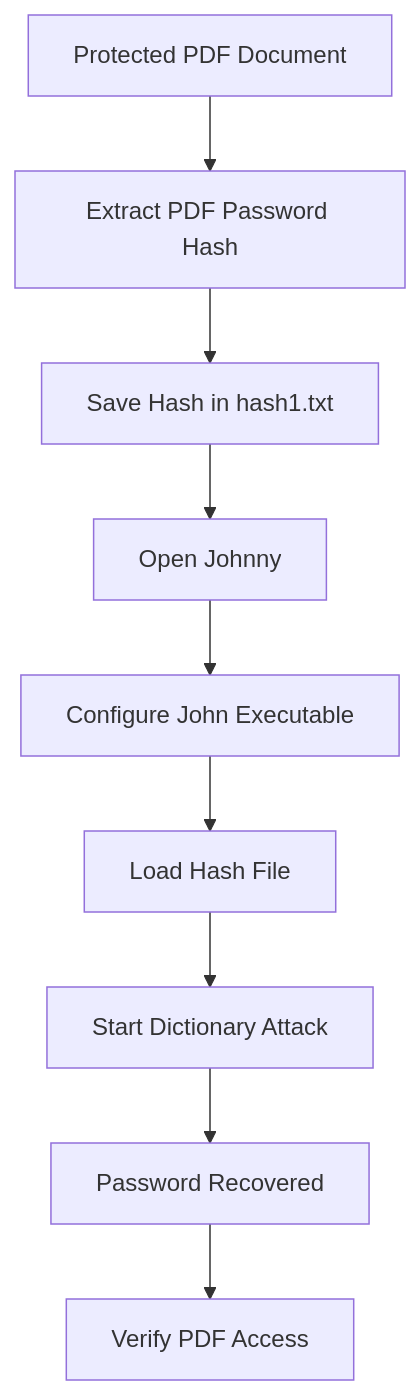
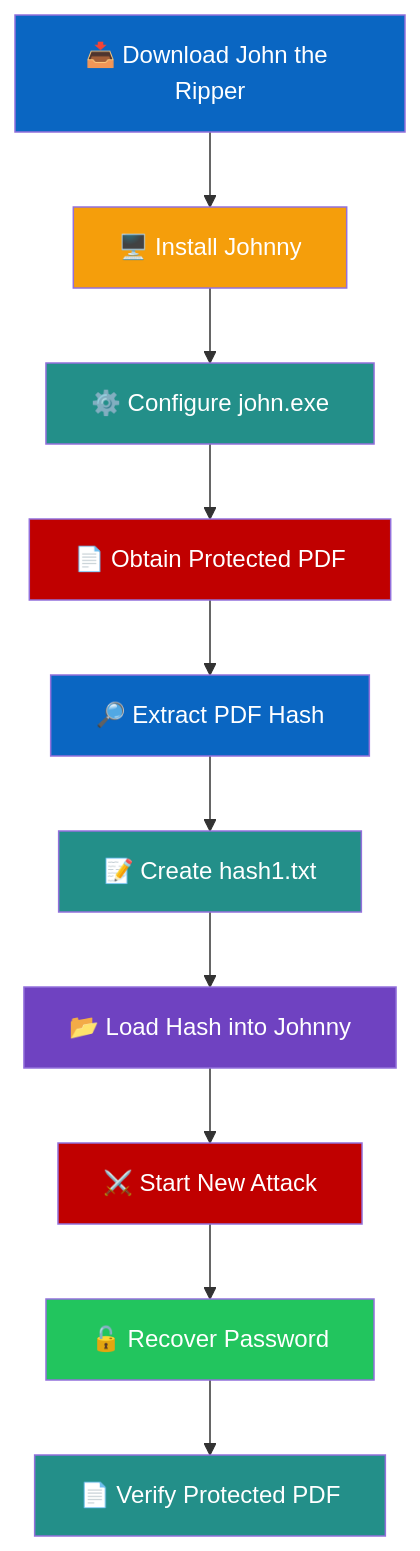
The second of 5 diagrams in README.md (Nida-I-Khedekar/Cracking-Attacking-on-multiple-targets-using-multiple-tools-techniques), drawn with Mermaid before and after one commit. The commit also changed other lines of this file, not shown here.

````diff
--- a/README.md
+++ b/README.md
@@ -244,15 +262,24 @@
 ```mermaid
 flowchart TD
-    A[Protected PDF Document]
-    B[Extract PDF Password Hash]
-    C[Save Hash in hash1.txt]
-    D[Open Johnny]
-    E[Configure John Executable]
-    F[Load Hash File]
-    G[Start Dictionary Attack]
-    H[Password Recovered]
-    I[Verify PDF Access]
 
-    A --> B --> C --> D
-    D --> E --> F --> G --> H --> I
+    A["📥 Download John the Ripper"] --> B["🖥️ Install Johnny"]
+    B --> C["⚙️ Configure john.exe"]
+    C --> D["📄 Obtain Protected PDF"]
+    D --> E["🔎 Extract PDF Hash"]
+    E --> F["📝 Create hash1.txt"]
+    F --> G["📂 Load Hash into Johnny"]
+    G --> H["⚔️ Start New Attack"]
+    H --> I["🔓 Recover Password"]
+    I --> J["📄 Verify Protected PDF"]
+
+    style A fill:#0A66C2,color:#fff
+    style B fill:#F59E0B,color:#fff
+    style C fill:#238F89,color:#fff
+    style D fill:#C00000,color:#fff
+    style E fill:#0A66C2,color:#fff
+    style F fill:#238F89,color:#fff
+    style G fill:#6F42C1,color:#fff
+    style H fill:#C00000,color:#fff
+    style I fill:#22C55E,color:#fff
+    style J fill:#238F89,color:#fff
 ```
````
